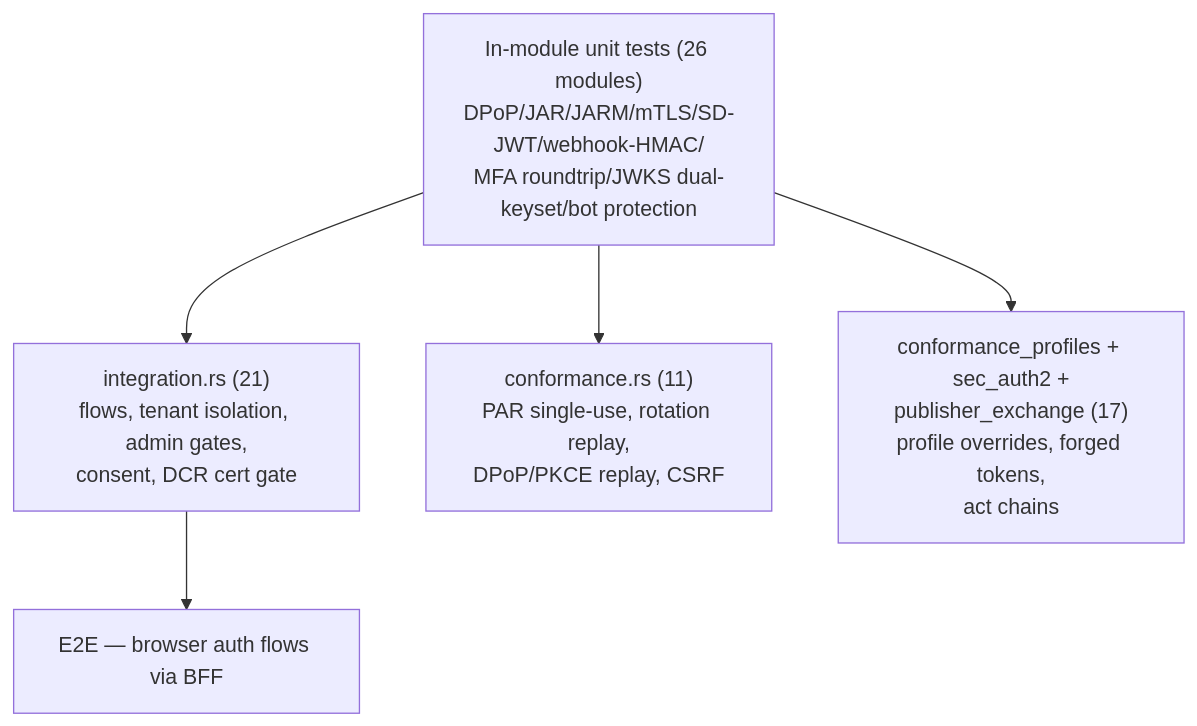
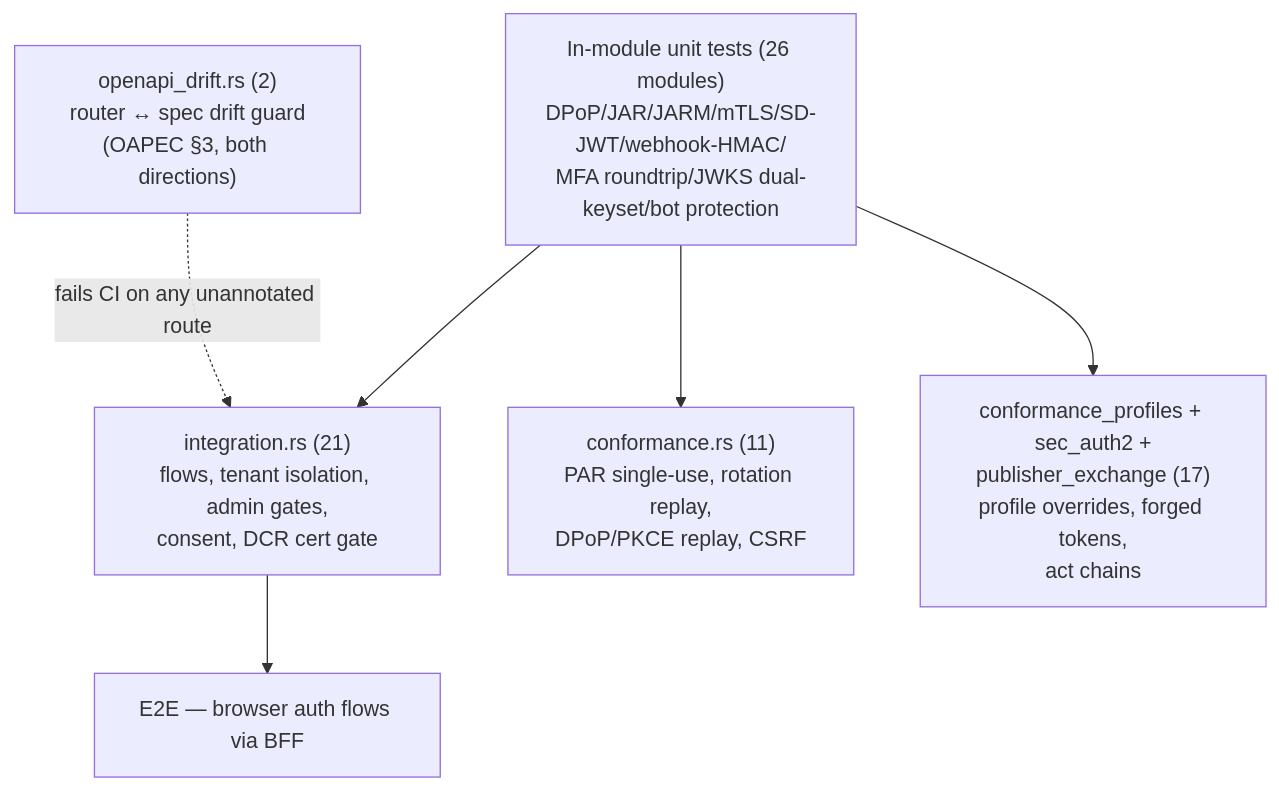
Diagram 12 of 12 in DESIGN.md (Sentin8/sentin8-auth), drawn with Mermaid before and after one commit. The commit also changed other lines of this file and 29 other files, not shown here.

````diff
--- a/DESIGN.md
+++ b/DESIGN.md
@@ -588,10 +613,12 @@
 ```mermaid
 graph TD
     U["In-module unit tests (26 modules)<br/>DPoP/JAR/JARM/mTLS/SD-JWT/webhook-HMAC/<br/>MFA roundtrip/JWKS dual-keyset/bot protection"]
     I1["integration.rs (21)<br/>flows, tenant isolation, admin gates,<br/>consent, DCR cert gate"]
+    OG["openapi_drift.rs (2)<br/>router ↔ spec drift guard<br/>(OAPEC §3, both directions)"]
     I2["conformance.rs (11)<br/>PAR single-use, rotation replay,<br/>DPoP/PKCE replay, CSRF"]
     I3["conformance_profiles + sec_auth2 +<br/>publisher_exchange (17)<br/>profile overrides, forged tokens,<br/>act chains"]
     E["E2E — browser auth flows via BFF"]
     U --> I1 & I2 & I3
+    OG -.fails CI on any unannotated route.-> I1
     I1 --> E
 ```
````
